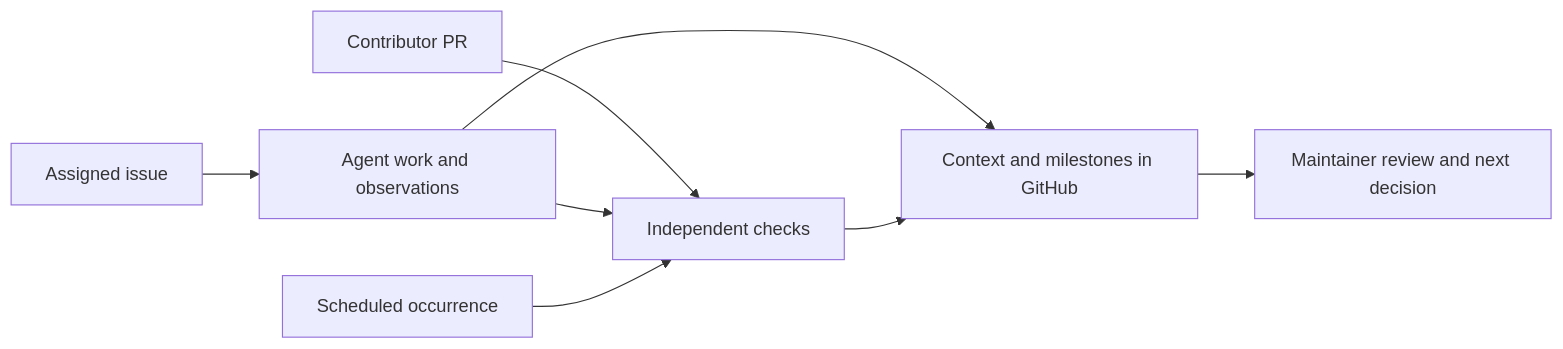
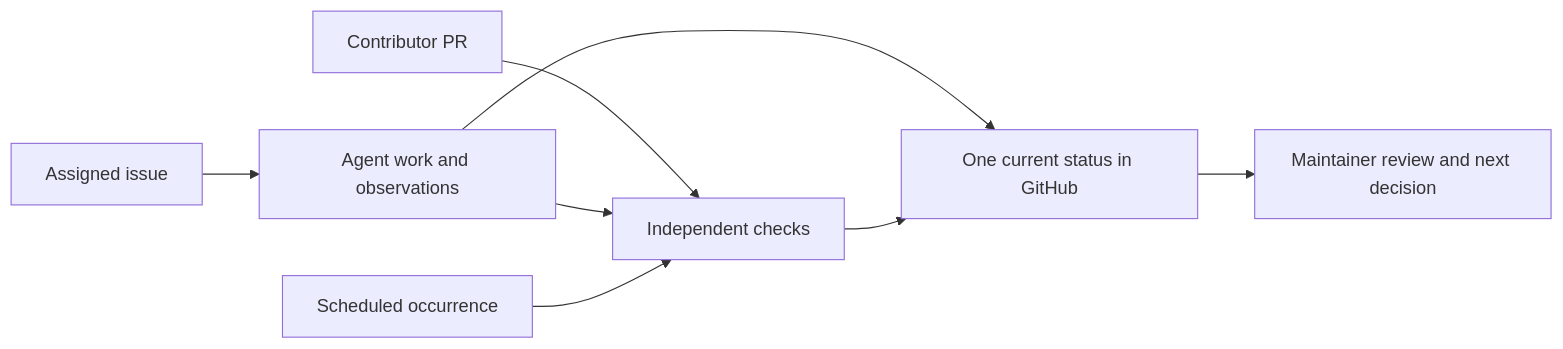
One commit to numinous-technology/d-inference changed the diagram in .forge/README.md. Above: the diagram before and after it, drawn with Mermaid. The commit also changed other lines of this file and 1 other file, not shown here.

Commit message:
Keep Forge progress in one GitHub status comment

````diff
--- a/.forge/README.md
+++ b/.forge/README.md
@@ -20,10 +19,10 @@
 ```mermaid
 flowchart LR
     Human[Contributor PR] --> Checks[Independent checks]
     Request[Assigned issue] --> Agent[Agent work and observations]
     Agent --> Checks
     Schedule[Scheduled occurrence] --> Checks
-    Agent --> Conversation[Context and milestones in GitHub]
+    Agent --> Conversation[One current status in GitHub]
     Checks --> Conversation
     Conversation --> Review[Maintainer review and next decision]
 ```
````
